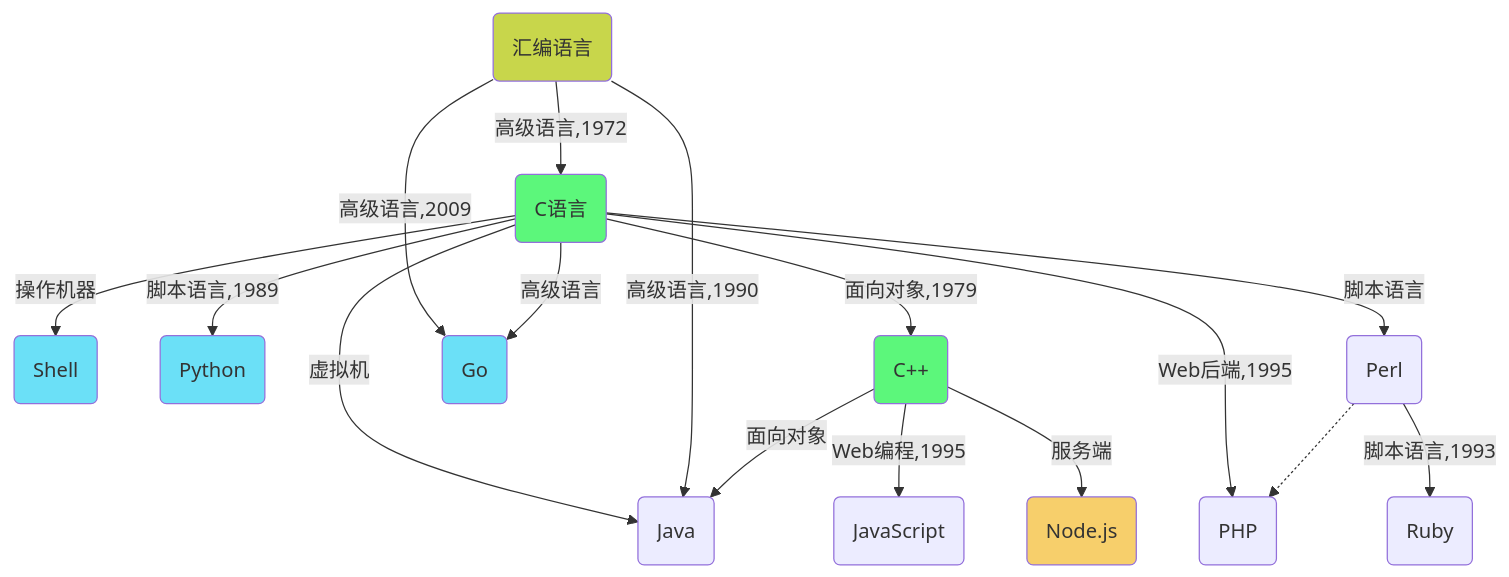
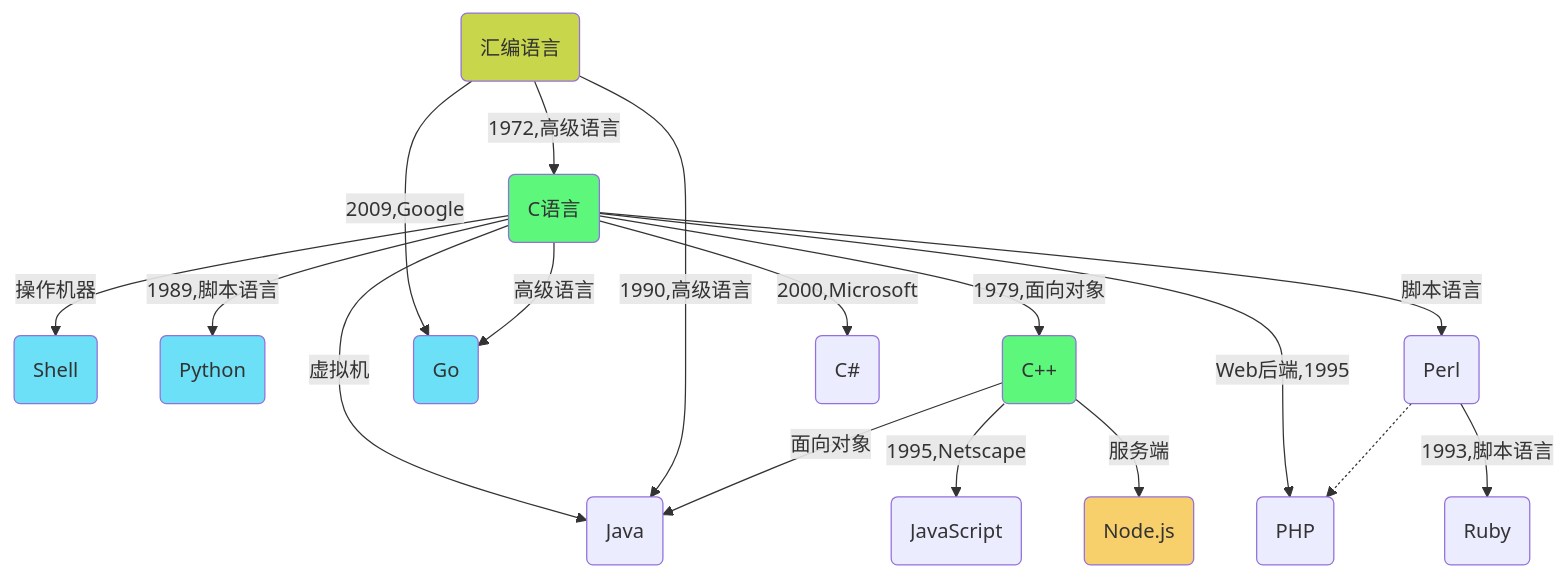
One commit to Gaohaoyang/gaohaoyang.github.io changed the diagram in _posts/2010-07-26-computer-history.md. Above: the diagram before and after it, drawn with Mermaid. The commit also changed other lines of this file, not shown here.

Commit message:
关系图更新

```diff
--- a/_posts/2010-07-26-computer-history.md
+++ b/_posts/2010-07-26-computer-history.md
@@ -492,36 +491,38 @@
 <div class="mermaid">
 %% 编程语言演化图
     graph TD
     A(汇编语言):::s
     classDef s fill:#f02;
     style A fill:#C8D64B;
     style B fill:#6BE0F7;
     style C fill:#5CF77B;
     style D fill:#6BE0F7;
     style F fill:#5CF77B;
     %%style H fill:#5CF77B;
     style I fill:#6BE0F7;
     style J fill:#F7CF6B;
-    A -->|高级语言,1972| C(C语言)
+    A -->|1972,高级语言| C(C语言)
     C -->|操作机器| B(Shell)
-    C -->|脚本语言,1989| D(Python)
+    C -->|1989,脚本语言| D(Python)
     C -->|虚拟机| E(Java)
-    A -->|高级语言,1990| E(Java)
-    C -->|面向对象,1979| F(C++)
+    A -->|1990,高级语言| E(Java)
+    C -->|1979,面向对象| F(C++)
     F -->|面向对象| E
-    F -->|Web编程,1995| G(JavaScript)
+    F -->|1995,Netscape| G(JavaScript)
+    %%E -.->|蹭热度| G
     F -->|服务端| J(Node.js)
     C -->|Web后端,1995| H(PHP)
-    A -->|高级语言,2009| I(Go)
-    C -->|高级语言| I(Go)
+    A -->|2009,Google| I(Go)
+    C -->|高级语言| I
     C -->|脚本语言| K(Perl)
-    K -->|脚本语言,1993| L(Ruby)
+    K -->|1993,脚本语言| L(Ruby)
     K -.-> H
+    C -->|2000,Microsoft| M(C#)
 
     click B "https://wqw547243068.github.io/linux#shell语言" "shell用法"
     click C "https://wqw547243068.github.io/c#c语言" "c/c++语言"
     click D "https://wqw547243068.github.io/python" "Python语言"
     click F "https://wqw547243068.github.io/c#c" "c/c++语言"
     click G "https://wqw547243068.github.io/web#js" "web开发"
     click I "https://wqw547243068.github.io/go" "go语言"
 </div>
```
